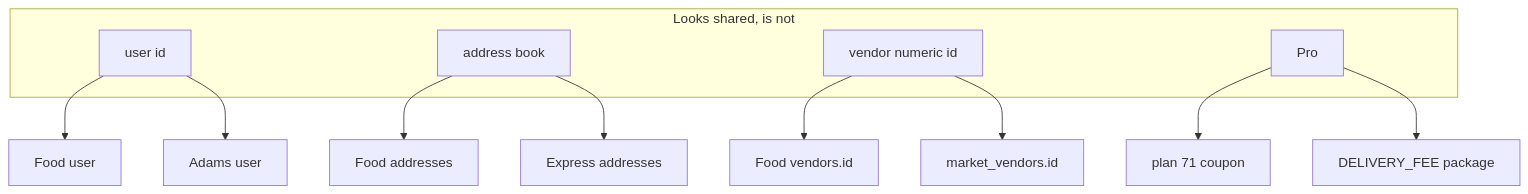
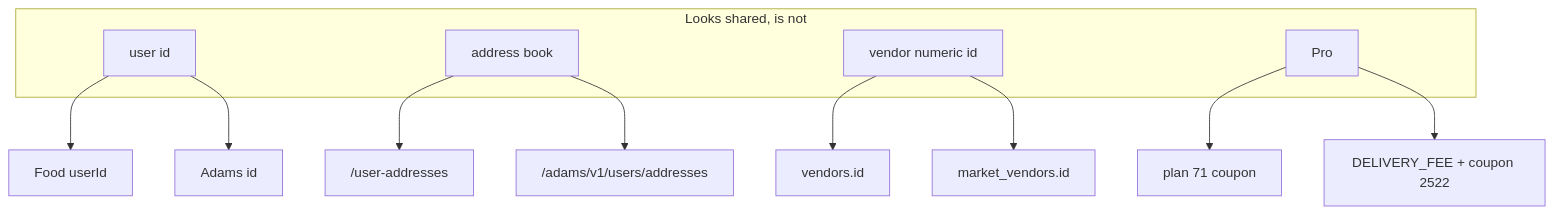
One commit to erfnzdeh/snapp-hack changed diagram 12 of 12 in README.md. Above: the diagram before and after it, drawn with Mermaid. The commit also changed other lines of this file, not shown here.

````diff
--- a/README.md
+++ b/README.md
@@ -432,17 +958,17 @@
 ```mermaid
 flowchart TB
   subgraph shared [Looks shared, is not]
     U["user id"]
     A["address book"]
     V["vendor numeric id"]
     P["Pro"]
   end
-  U --> U1["Food user"]
-  U --> U2["Adams user"]
-  A --> A1["Food addresses"]
-  A --> A2["Express addresses"]
-  V --> V1["Food vendors.id"]
+  U --> U1["Food userId"]
+  U --> U2["Adams id"]
+  A --> A1["/user-addresses"]
+  A --> A2["/adams/v1/users/addresses"]
+  V --> V1["vendors.id"]
   V --> V2["market_vendors.id"]
   P --> P1["plan 71 coupon"]
-  P --> P2["DELIVERY_FEE package"]
+  P --> P2["DELIVERY_FEE + coupon 2522"]
 ```
````
